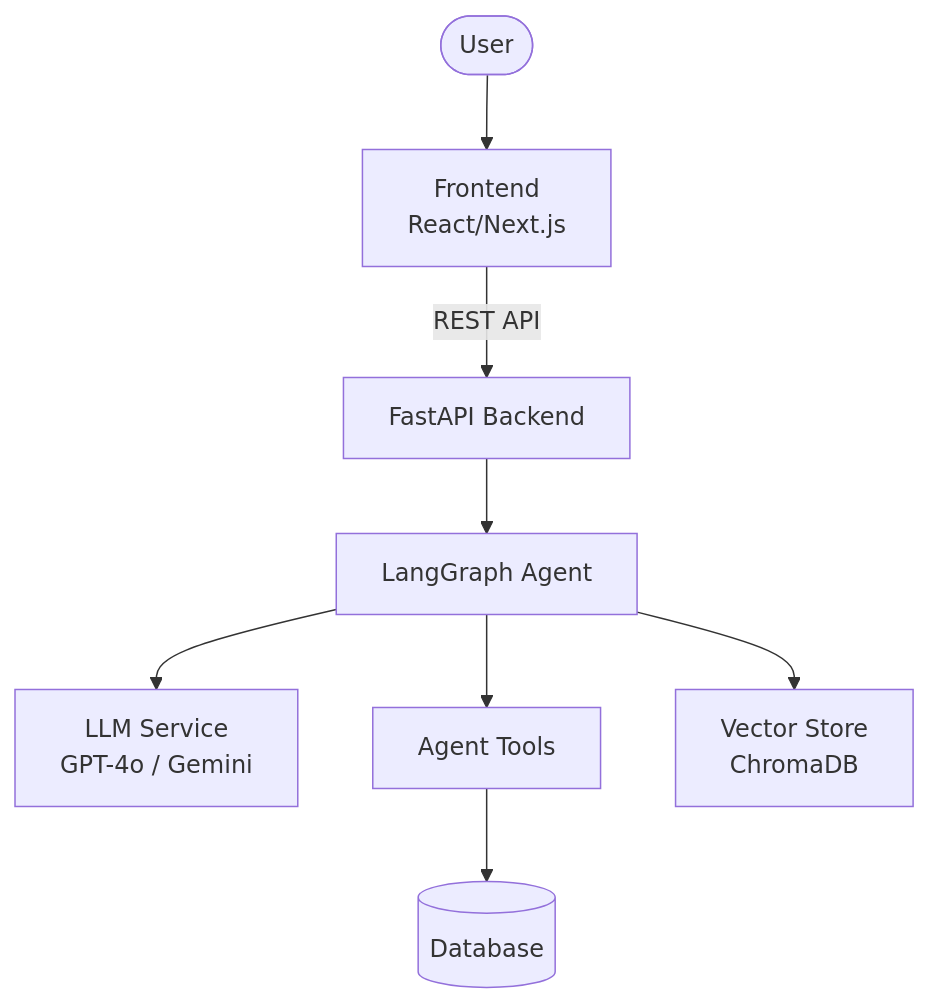
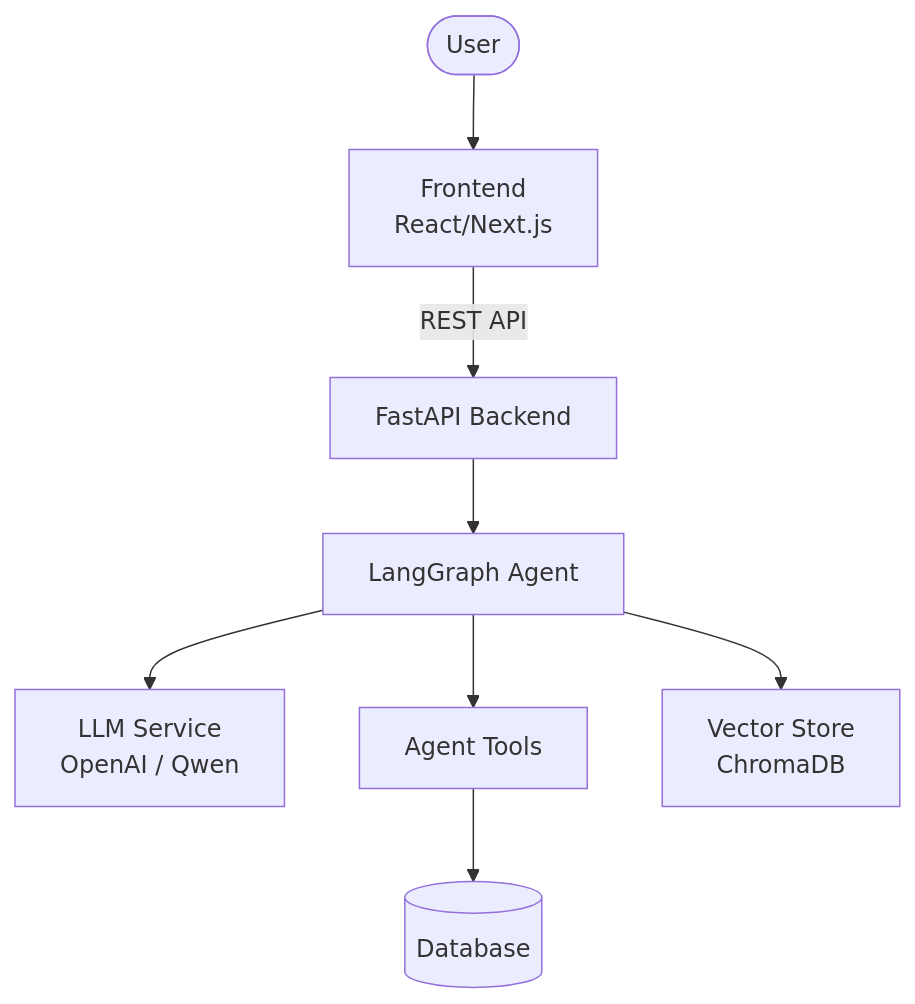
One commit to huylc12343/incident-lens changed the first of 2 diagrams in docs/architecture_diagram.md. Above: the diagram before and after it, drawn with Mermaid. The commit also changed other lines of this file and 36 other files, not shown here.

First line of the commit message:
Refactor VLM provider references from GEMINI to QWEN across tests and services

````diff
--- a/docs/architecture_diagram.md
+++ b/docs/architecture_diagram.md
@@ -5,10 +5,10 @@
 ```mermaid
 graph TB
     User([User]) --> UI[Frontend<br/>React/Next.js]
     UI -->|REST API| API[FastAPI Backend]
     API --> Agent[LangGraph Agent]
-    Agent --> LLM[LLM Service<br/>GPT-4o / Gemini]
+    Agent --> LLM[LLM Service<br/>OpenAI / Qwen]
     Agent --> Tools[Agent Tools]
     Tools --> DB[(Database)]
     Agent --> VS[Vector Store<br/>ChromaDB]
 ```
````
